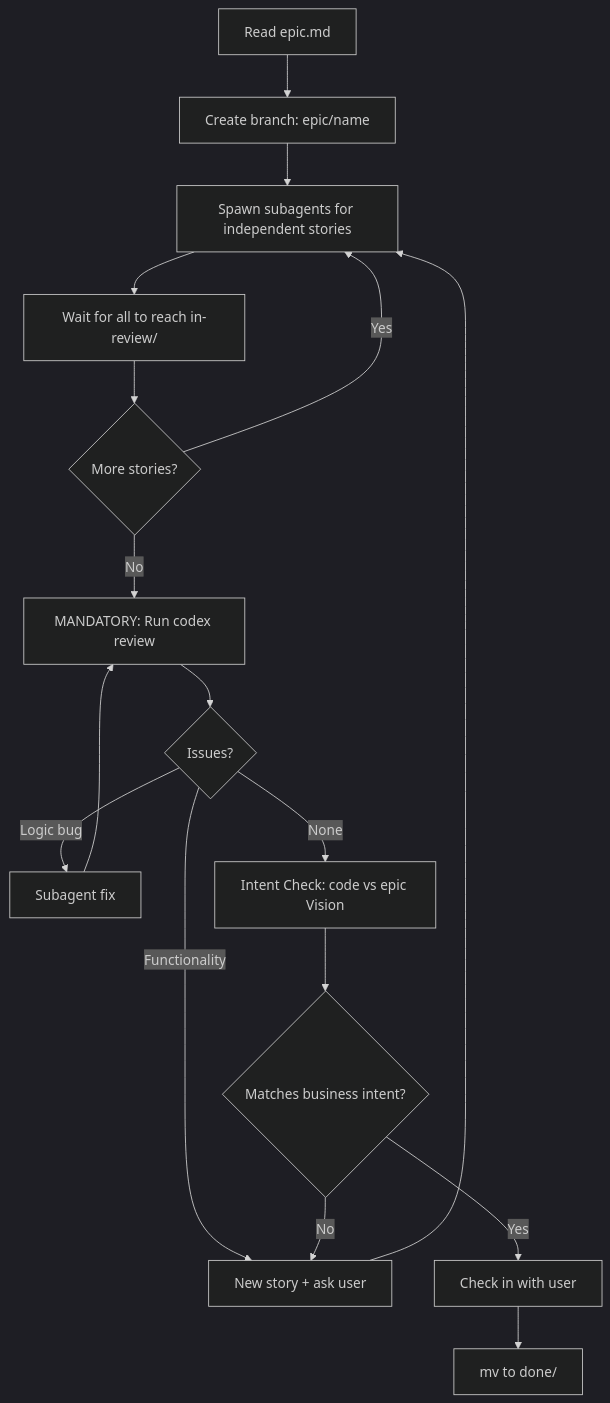
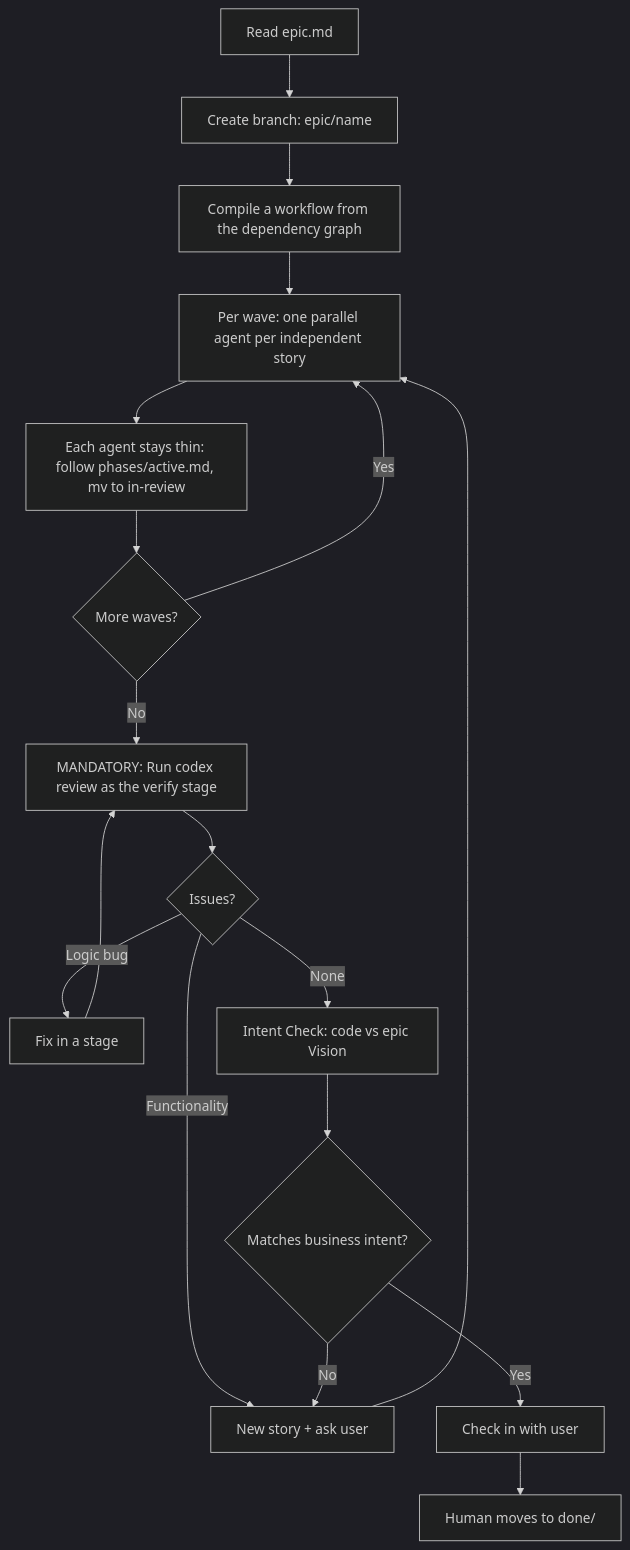
Before and after one commit to brysontang/domino: the diagram in phases/epic-workspace.md, drawn with Mermaid (dark theme). The commit also changed other lines of this file and 1 other file, not shown here.

First line of the commit message:
Compile epic execution as a dynamic workflow; ignore examples sandbox

````diff
--- a/phases/epic-workspace.md
+++ b/phases/epic-workspace.md
@@ -5,17 +10,18 @@
 ```mermaid
 flowchart TD
     Start[Read epic.md] --> Branch[Create branch: epic/name]
-    Branch --> Spawn[Spawn subagents for independent stories]
-    Spawn --> Wait[Wait for all to reach in-review/]
-    Wait --> More{More stories?}
-    More -->|Yes| Spawn
-    More -->|No| Codex[MANDATORY: Run codex review]
+    Branch --> Compile[Compile a workflow from the dependency graph]
+    Compile --> Wave[Per wave: one parallel agent per independent story]
+    Wave --> TDD[Each agent stays thin: follow phases/active.md, mv to in-review]
+    TDD --> More{More waves?}
+    More -->|Yes| Wave
+    More -->|No| Codex[MANDATORY: Run codex review as the verify stage]
     Codex --> Issues{Issues?}
-    Issues -->|Logic bug| Fix[Subagent fix] --> Codex
-    Issues -->|Functionality| Story[New story + ask user] --> Spawn
+    Issues -->|Logic bug| Fix[Fix in a stage] --> Codex
+    Issues -->|Functionality| Story[New story + ask user] --> Wave
     Issues -->|None| Intent[Intent Check: code vs epic Vision]
     Intent --> Drift{Matches business intent?}
     Drift -->|No| Story
     Drift -->|Yes| User[Check in with user]
-    User --> Done[mv to done/]
+    User --> Done[Human moves to done/]
 ```
````
